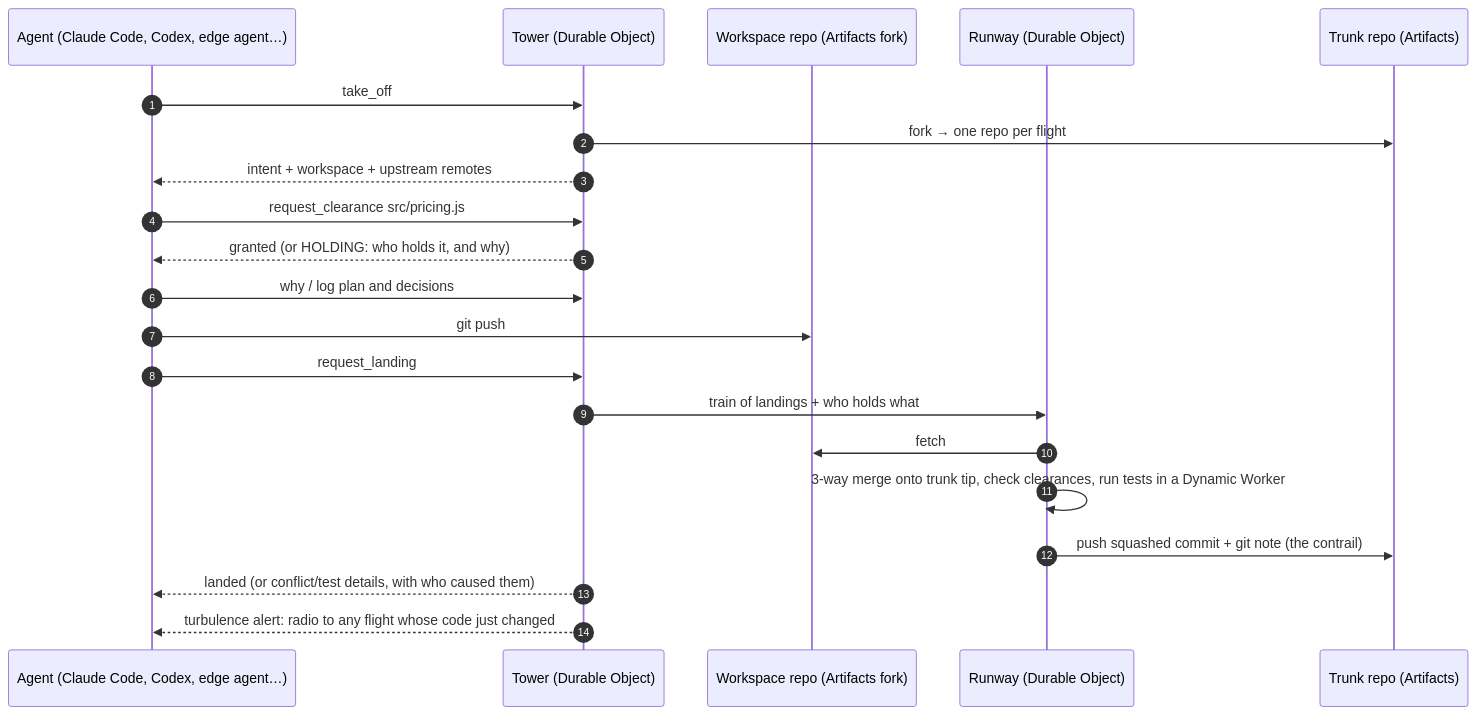
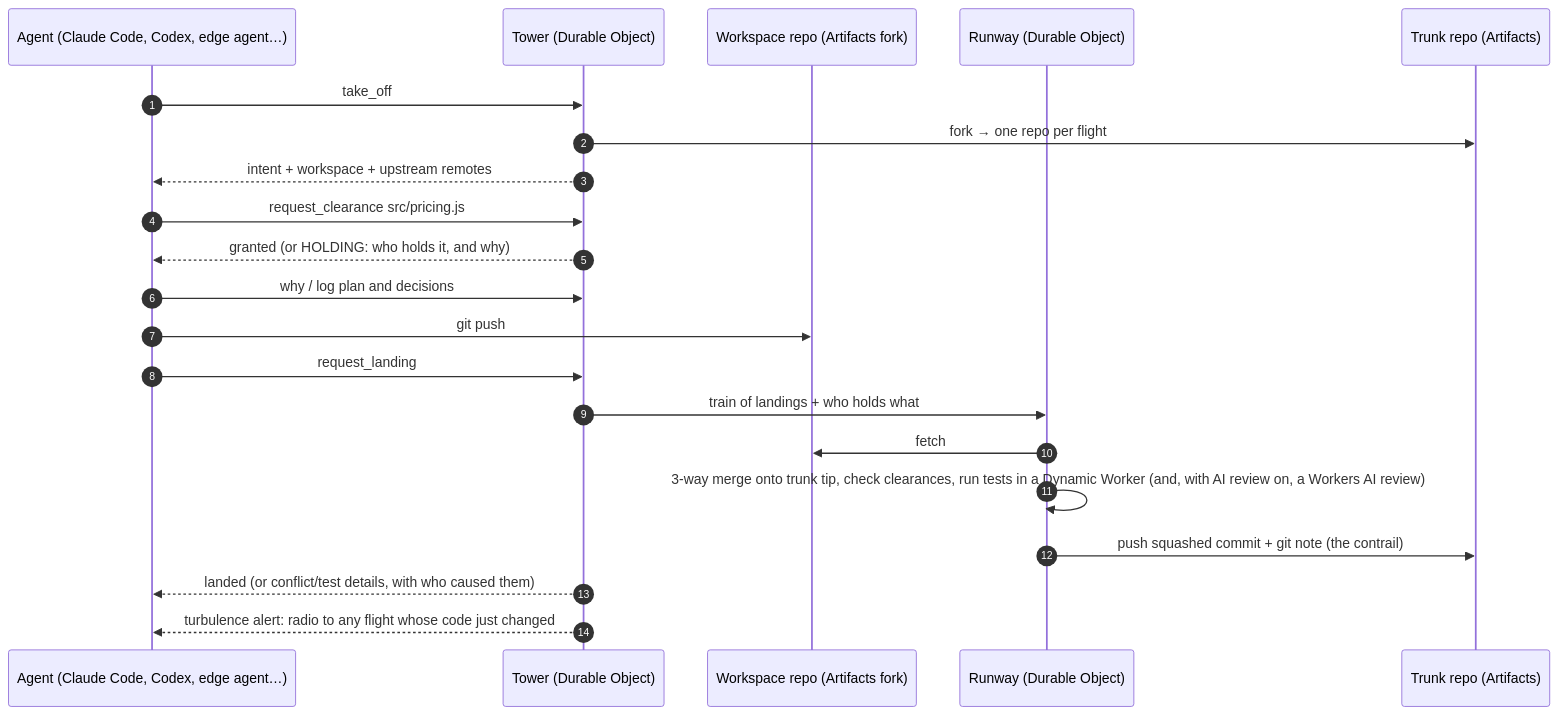
One commit to mikey92/contrail changed the first of 2 diagrams in README.md. Above: the diagram before and after it, drawn with Mermaid. The commit also changed other lines of this file and 16 other files, not shown here.

````diff
--- a/README.md
+++ b/README.md
@@ -78,23 +78,23 @@
 ```mermaid
 sequenceDiagram
     autonumber
     participant A as Agent (Claude Code, Codex, edge agent…)
     participant T as Tower (Durable Object)
     participant F as Workspace repo (Artifacts fork)
     participant R as Runway (Durable Object)
     participant K as Trunk repo (Artifacts)
     A->>T: take_off
     T->>K: fork → one repo per flight
     T-->>A: intent + workspace + upstream remotes
     A->>T: request_clearance src/pricing.js#subtotal
     T-->>A: granted (or HOLDING: who holds it, and why)
     A->>T: why / log plan and decisions
     A->>F: git push
     A->>T: request_landing
     T->>R: train of landings + who holds what
     R->>F: fetch
-    R->>R: 3-way merge onto trunk tip, check clearances, run tests in a Dynamic Worker
+    R->>R: 3-way merge onto trunk tip, check clearances, run tests in a Dynamic Worker (and, with AI review on, a Workers AI review)
     R->>K: push squashed commit + git note (the contrail)
     T-->>A: landed (or conflict/test details, with who caused them)
     T-->>A: turbulence alert: radio to any flight whose code just changed
 ```
````
